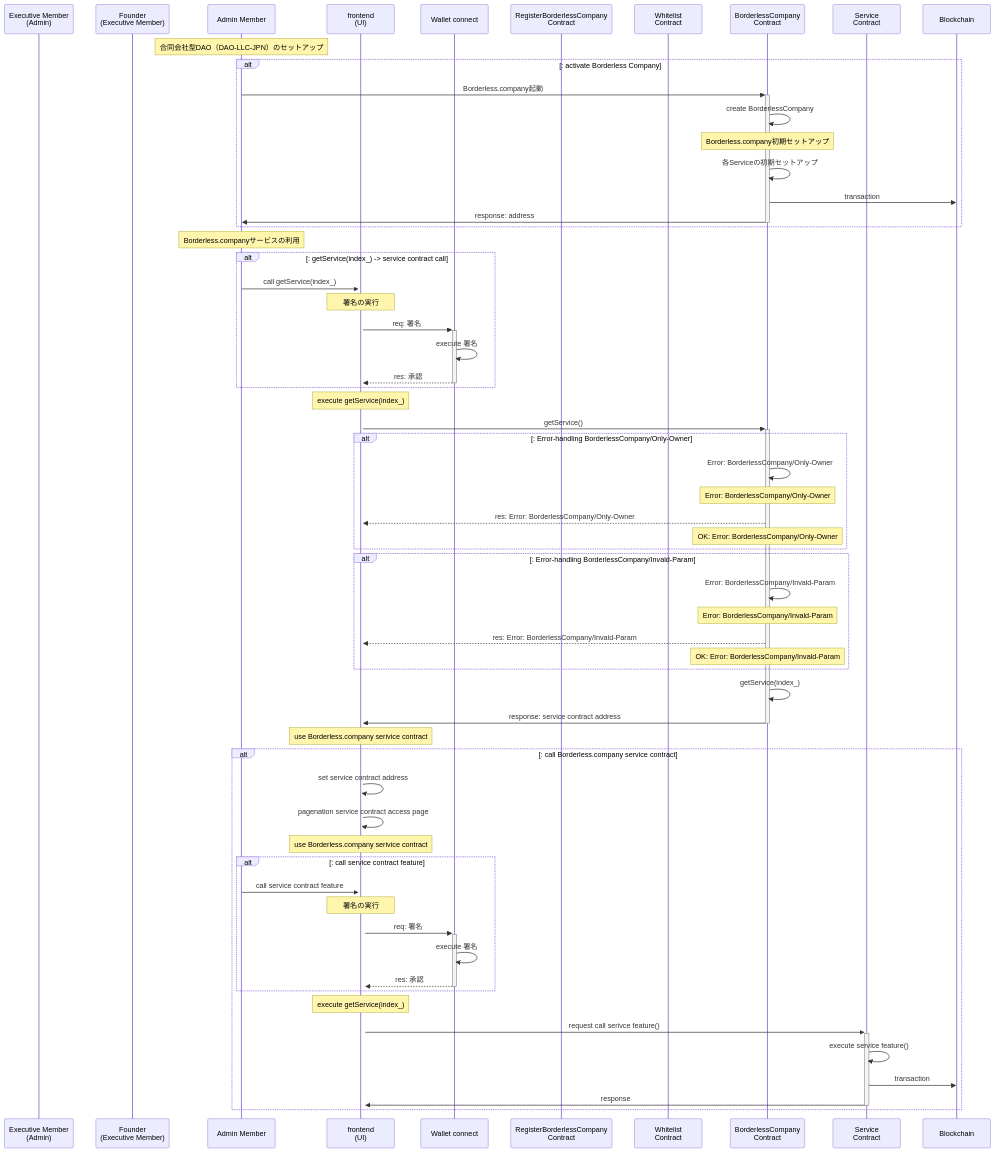
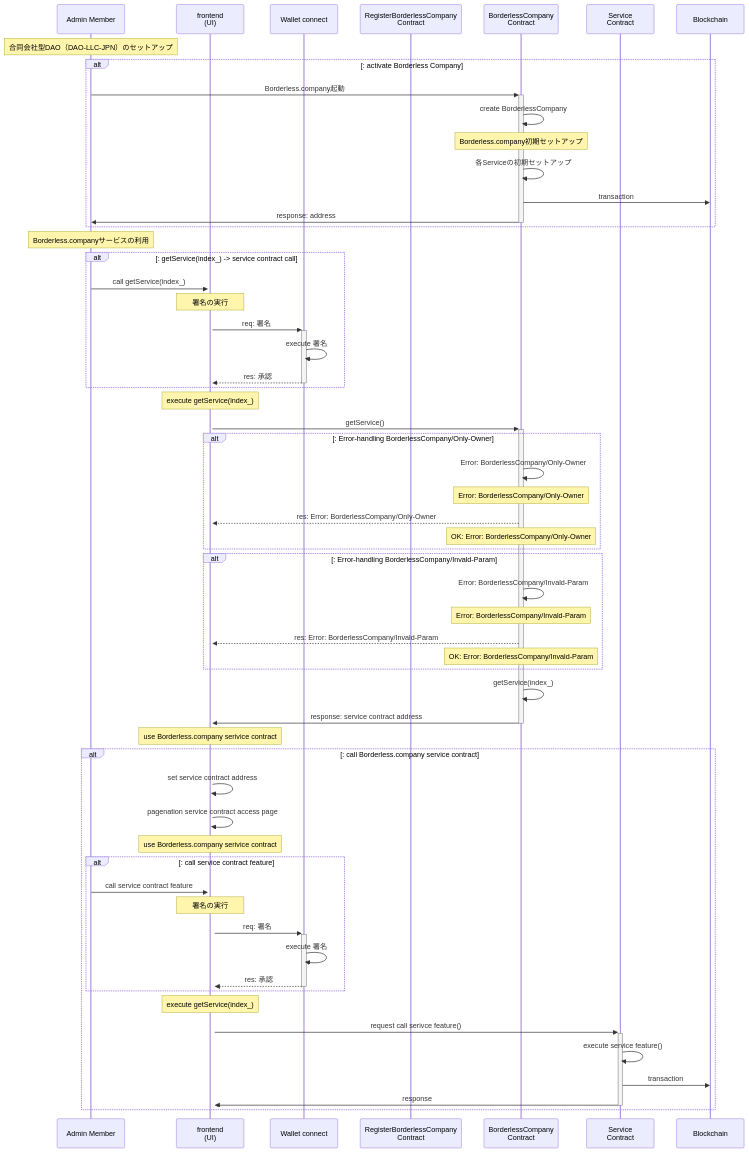
Before and after one commit to Borderless-company/Borderless-Contract: the diagram in docs/contracts/services/BorderlessCompany/0.BorderlessCompany.index.md, drawn with Mermaid. The commit also changed other lines of this file and 9 other files, not shown here.

Commit message:
create BorderlessService architecture

````diff
--- a/docs/contracts/services/BorderlessCompany/0.BorderlessCompany.index.md
+++ b/docs/contracts/services/BorderlessCompany/0.BorderlessCompany.index.md
@@ -240,71 +270,68 @@
     ```mermaid
         sequenceDiagram
-            participant EM as Executive Member<br/>(Admin)
-            participant FD as Founder<br/>(Executive Member)
             participant AD as Admin Member
             participant UI as frontend<br/>(UI)
             participant WC as Wallet connect
             participant RTC as RegisterBorderlessCompany<br/>Contract
-            participant WL as Whitelist<br/>Contract
             participant BLC as BorderlessCompany<br/>Contract
             participant SC as Service<br/>Contract
             participant BC as Blockchain
 
             Note over AD: 合同会社型DAO（DAO-LLC-JPN）のセットアップ
             alt: activate Borderless Company
             AD ->>+ BLC: Borderless.company起動
             BLC ->> BLC: create BorderlessCompany
             Note over BLC: Borderless.company初期セットアップ
             BLC ->> BLC: 各Serviceの初期セットアップ
             BLC ->> BC: transaction
             BLC ->>- AD: response: address
             end
 
             Note over AD: Borderless.companyサービスの利用
             alt: getService(index_) -> service contract call
             AD ->>+ UI: call getService(index_)
             Note over UI: 署名の実行
             UI ->>+ WC: req: 署名
             WC ->> WC: execute 署名
             WC -->>- UI: res: 承認
             end
             Note over UI: execute getService(index_)
             UI ->>+ BLC: getService()
 
             alt: Error-handling BorderlessCompany/Only-Owner
             BLC ->> BLC: Error: BorderlessCompany/Only-Owner
             Note over BLC: Error: BorderlessCompany/Only-Owner
             BLC -->> UI: res: Error: BorderlessCompany/Only-Owner
             Note over BLC: OK: Error: BorderlessCompany/Only-Owner
             end
 
             alt: Error-handling BorderlessCompany/Invald-Param
             BLC ->> BLC: Error: BorderlessCompany/Invald-Param
             Note over BLC: Error: BorderlessCompany/Invald-Param
             BLC -->> UI: res: Error: BorderlessCompany/Invald-Param
             Note over BLC: OK: Error: BorderlessCompany/Invald-Param
             end
 
             BLC ->> BLC: getService(index_)
             BLC ->>- UI: response: service contract address
 
             Note over UI: use Borderless.company serivice contract
             alt: call Borderless.company service contract
             UI ->> UI: set service contract address
             UI ->> UI: pagenation service contract access page
 
             Note over UI: use Borderless.company serivice contract
             alt: call service contract feature
             AD ->>+ UI: call service contract feature
             Note over UI: 署名の実行
             UI ->>+ WC: req: 署名
             WC ->> WC: execute 署名
             WC -->>- UI: res: 承認
             end
             Note over UI: execute getService(index_)
             UI ->>+ SC: request call serivce feature()
             SC ->> SC: execute service feature()
             SC ->> BC: transaction
             SC ->>- UI: response
             end
     ```
````
